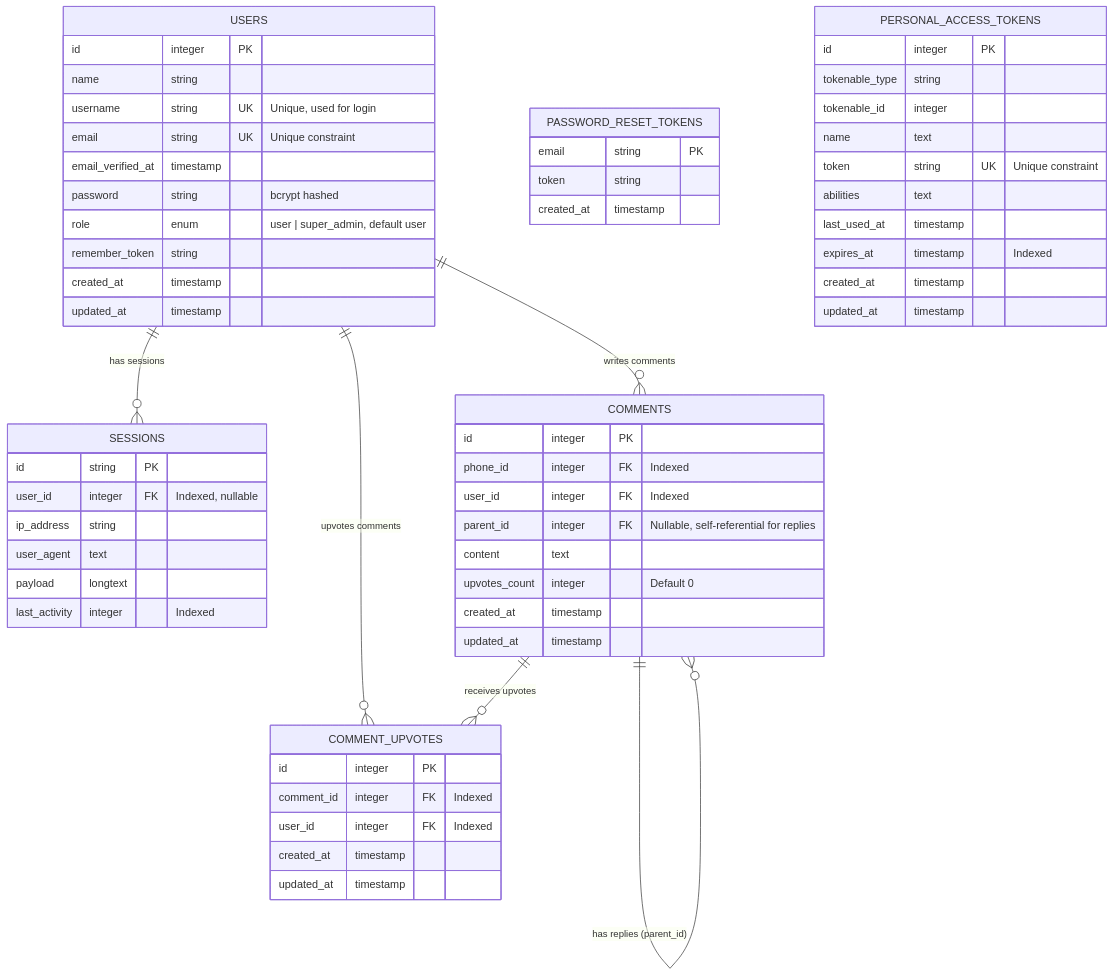
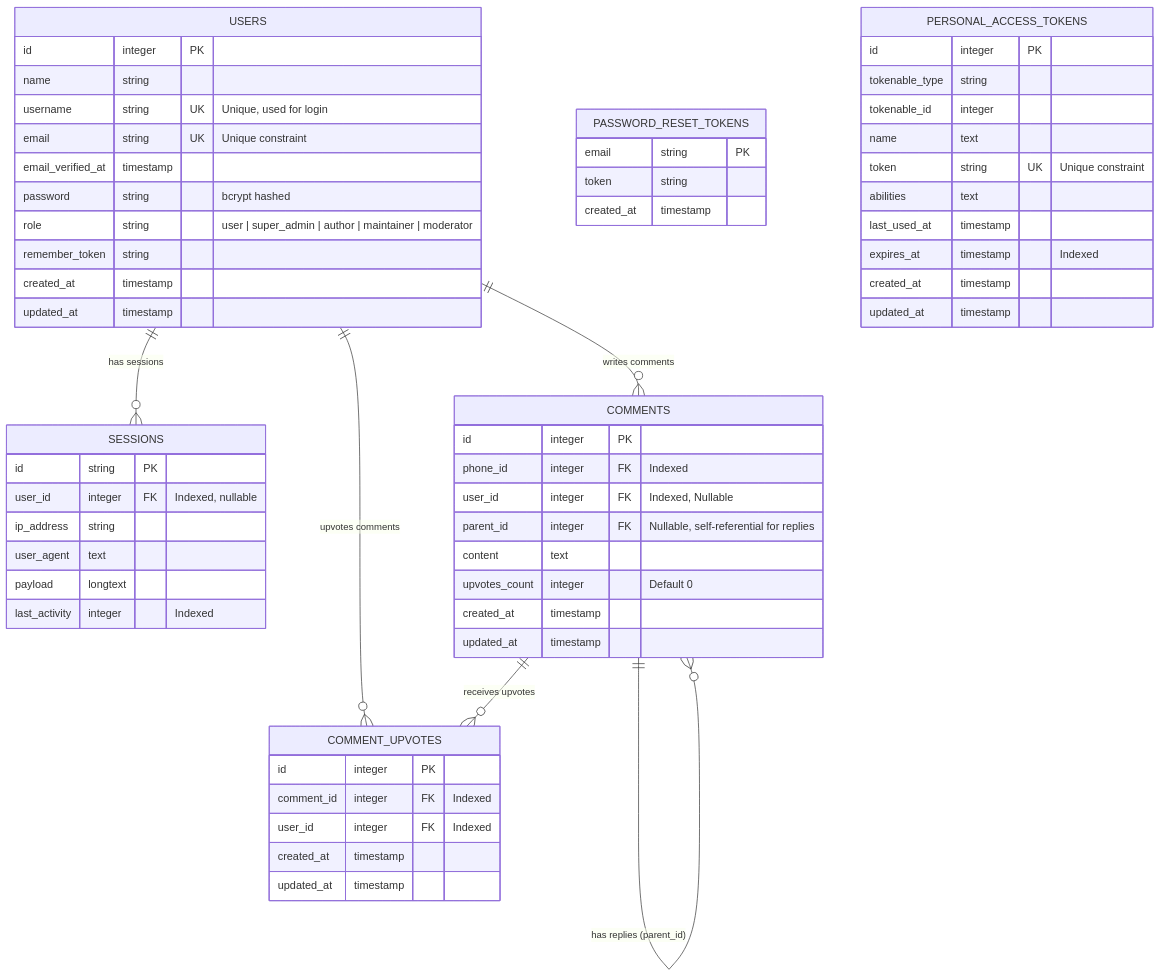
The second of 4 diagrams in docs/er_diagram.md (abhay-byte/phone_finder_hub), drawn with Mermaid before and after one commit. The commit also changed other lines of this file, not shown here.

Commit message:
docs: update ER diagram with recent schema changes for blogs, forums, and roles

````diff
--- a/docs/er_diagram.md
+++ b/docs/er_diagram.md
@@ -189,69 +189,69 @@
 ```mermaid
 erDiagram
     USERS {
         id integer PK
         name string
         username string UK "Unique, used for login"
         email string UK "Unique constraint"
         email_verified_at timestamp
         password string "bcrypt hashed"
-        role enum "user | super_admin, default user"
+        role string "user | super_admin | author | maintainer | moderator"
         remember_token string
         created_at timestamp
         updated_at timestamp
     }
 
     PASSWORD_RESET_TOKENS {
         email string PK
         token string
         created_at timestamp
     }
 
     SESSIONS {
         id string PK
         user_id integer FK "Indexed, nullable"
         ip_address string
         user_agent text
         payload longtext
         last_activity integer "Indexed"
     }
 
     PERSONAL_ACCESS_TOKENS {
         id integer PK
         tokenable_type string
         tokenable_id integer
         name text
         token string UK "Unique constraint"
         abilities text
         last_used_at timestamp
         expires_at timestamp "Indexed"
         created_at timestamp
         updated_at timestamp
     }
 
     USERS ||--o{ SESSIONS : "has sessions"
     USERS ||--o{ COMMENTS : "writes comments"
     USERS ||--o{ COMMENT_UPVOTES : "upvotes comments"
 
     COMMENTS {
         id integer PK
         phone_id integer FK "Indexed"
-        user_id integer FK "Indexed"
+        user_id integer FK "Indexed, Nullable"
         parent_id integer FK "Nullable, self-referential for replies"
         content text
         upvotes_count integer "Default 0"
         created_at timestamp
         updated_at timestamp
     }
 
     COMMENT_UPVOTES {
         id integer PK
         comment_id integer FK "Indexed"
         user_id integer FK "Indexed"
         created_at timestamp
         updated_at timestamp
     }
 
     COMMENTS ||--o{ COMMENTS : "has replies (parent_id)"
     COMMENTS ||--o{ COMMENT_UPVOTES : "receives upvotes"
 ```
````
